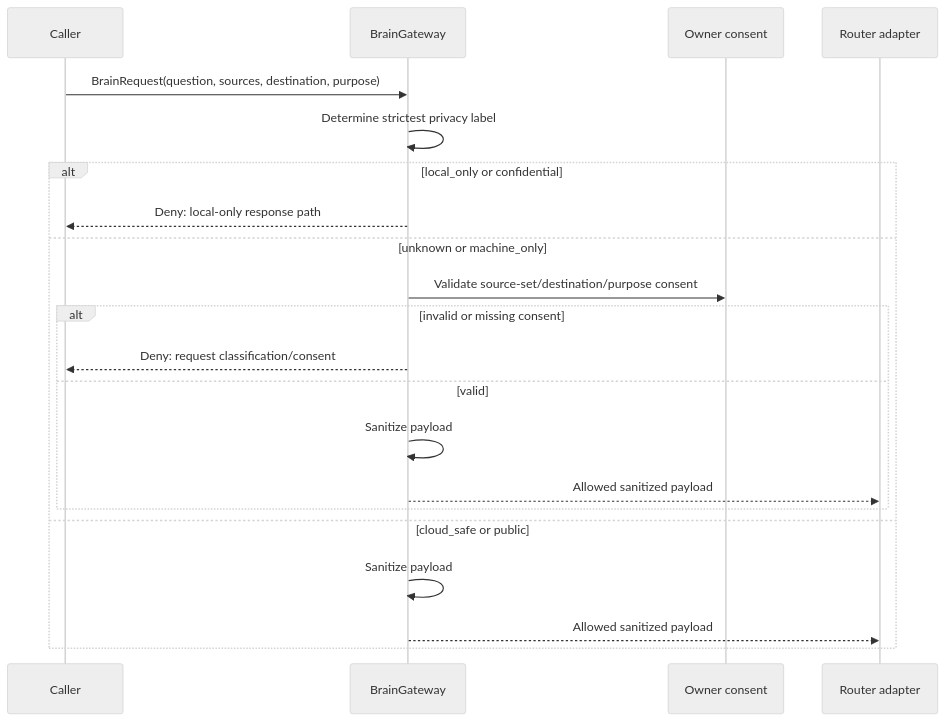
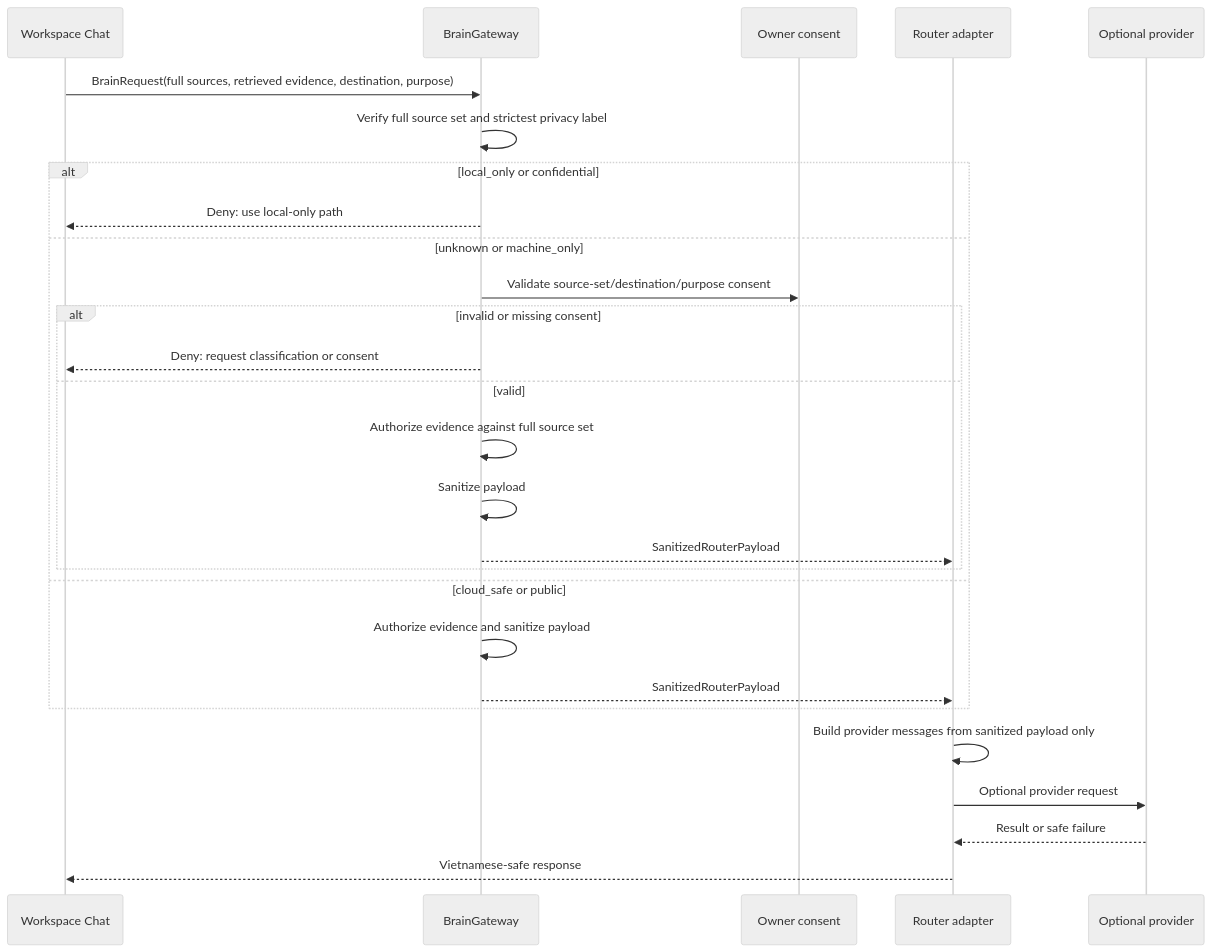
The diagram in docs/architecture/sequences/CLOUD_PREFLIGHT.md (Nakazasen/AIOS_habbit), drawn with Mermaid (neutral theme) before and after one commit. The commit also changed other lines of this file and 170 other files, not shown here.

````diff
--- a/docs/architecture/sequences/CLOUD_PREFLIGHT.md
+++ b/docs/architecture/sequences/CLOUD_PREFLIGHT.md
@@ -8,23 +8,29 @@
 ```mermaid
 sequenceDiagram
-    participant UI as Caller
+    participant UI as Workspace Chat
     participant G as BrainGateway
     participant O as Owner consent
     participant A as Router adapter
-    UI->>G: BrainRequest(question, sources, destination, purpose)
-    G->>G: Determine strictest privacy label
+    participant P as Optional provider
+    UI->>G: BrainRequest(full sources, retrieved evidence, destination, purpose)
+    G->>G: Verify full source set and strictest privacy label
     alt local_only or confidential
-        G-->>UI: Deny: local-only response path
+        G-->>UI: Deny: use local-only path
     else unknown or machine_only
         G->>O: Validate source-set/destination/purpose consent
         alt invalid or missing consent
-            G-->>UI: Deny: request classification/consent
+            G-->>UI: Deny: request classification or consent
         else valid
+            G->>G: Authorize evidence against full source set
             G->>G: Sanitize payload
-            G-->>A: Allowed sanitized payload
+            G-->>A: SanitizedRouterPayload
         end
     else cloud_safe or public
-        G->>G: Sanitize payload
-        G-->>A: Allowed sanitized payload
+        G->>G: Authorize evidence and sanitize payload
+        G-->>A: SanitizedRouterPayload
     end
+    A->>A: Build provider messages from sanitized payload only
+    A->>P: Optional provider request
+    P-->>A: Result or safe failure
+    A-->>UI: Vietnamese-safe response
 ```
````
